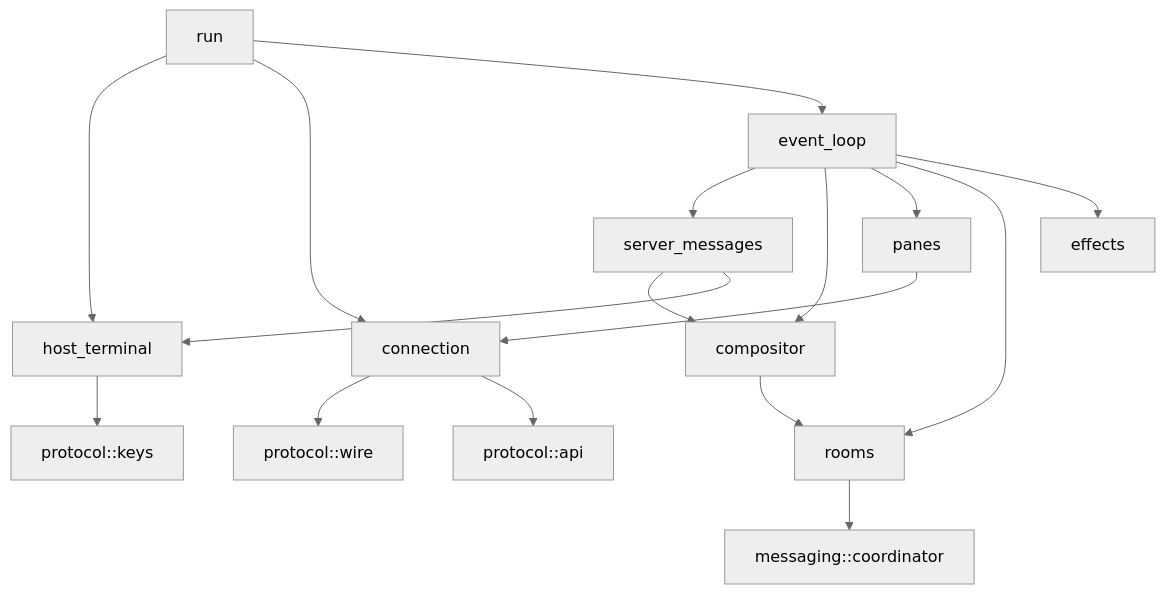
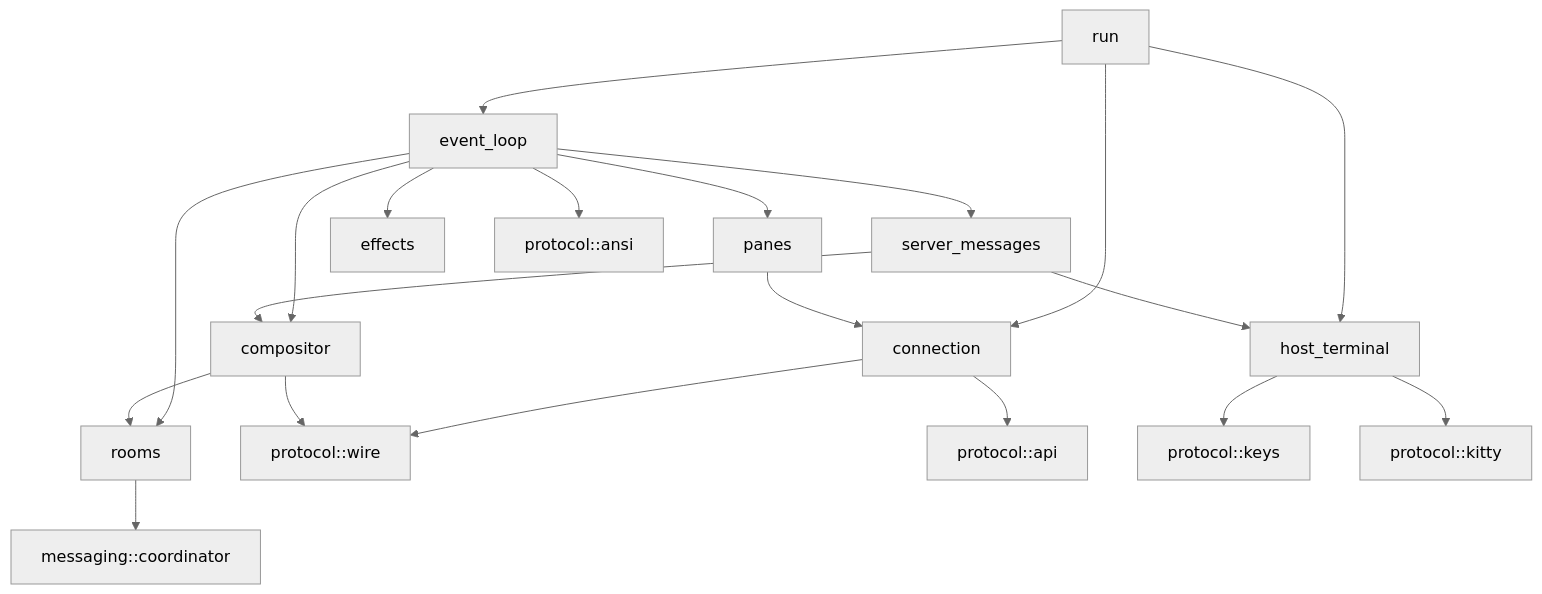
Before and after one commit to asura1234/bus: the third of 4 diagrams in docs/bus-architecture.md, drawn with Mermaid (neutral theme). The commit also changed other lines of this file, not shown here.

Commit message:
docs: converge architecture reviews into the bus restructure doc

````diff
--- a/docs/bus-architecture.md
+++ b/docs/bus-architecture.md
@@ -234,11 +259,13 @@
 ```mermaid
 flowchart TD
   run --> host_terminal & connection & event_loop
   event_loop --> server_messages & compositor & panes & rooms & effects
   server_messages --> compositor & host_terminal
   compositor --> rooms
   panes --> connection
   rooms --> coordinator[messaging::coordinator]
   connection --> wire[protocol::wire] & api[protocol::api]
-  host_terminal --> keys[protocol::keys]
+  compositor --> wire
+  event_loop --> ansi[protocol::ansi]
+  host_terminal --> keys[protocol::keys] & kitty[protocol::kitty]
 ```
````
